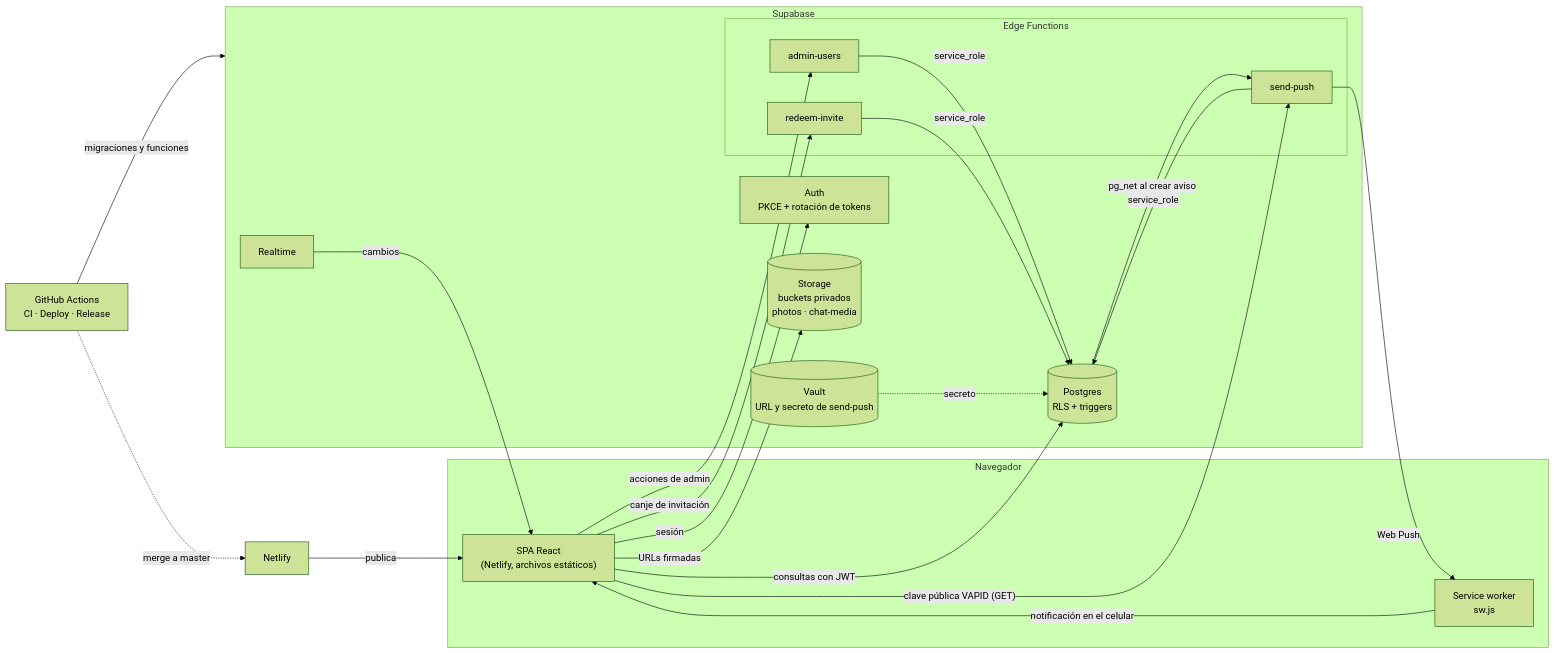
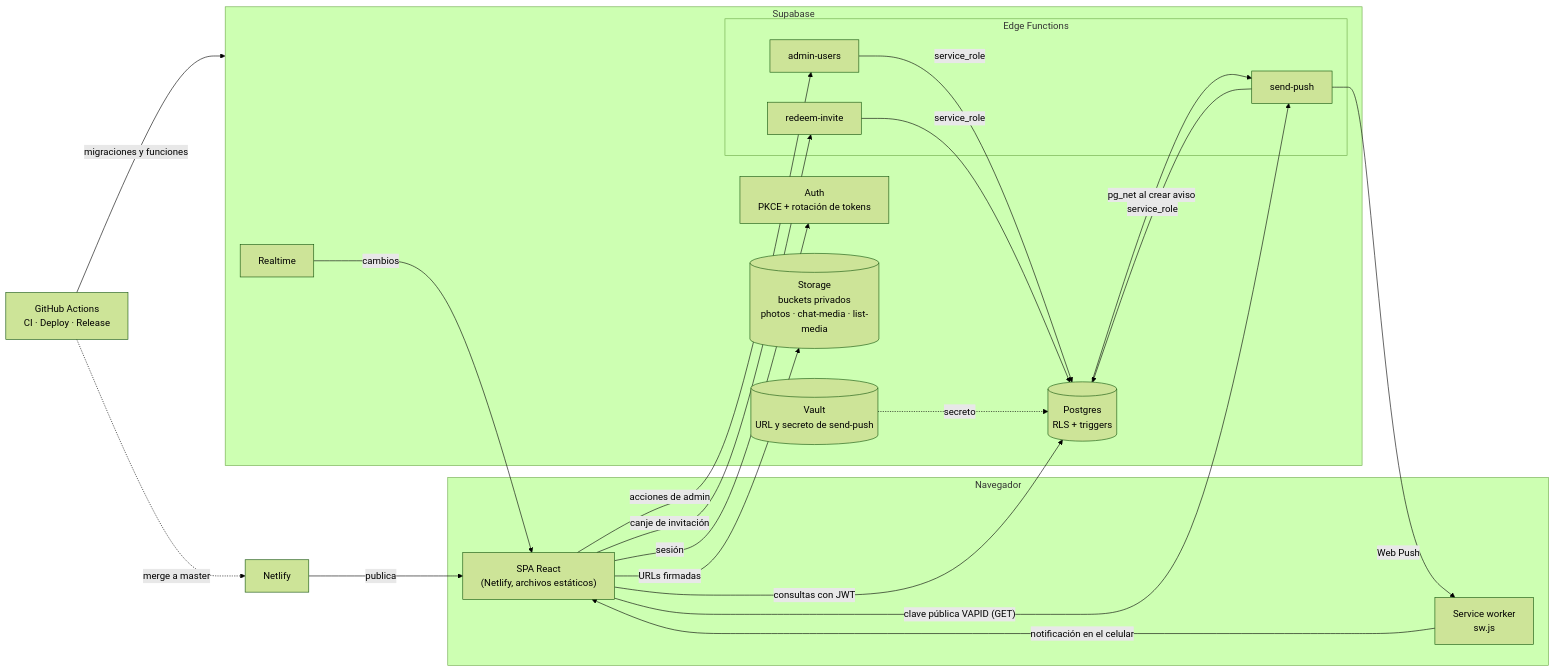
One commit to Juan-Carlos-Estevez-Vargas/Camila-Sanchez changed the first of 22 diagrams in docs/DIAGRAMAS.md. Above: the diagram before and after it, drawn with Mermaid (forest theme). The commit also changed other lines of this file and 3 other files, not shown here.

Commit message:
docs: listas compartidas en el manual, la arquitectura, los diagramas y el README

````diff
--- a/docs/DIAGRAMAS.md
+++ b/docs/DIAGRAMAS.md
@@ -26,37 +27,37 @@
 ```mermaid
 flowchart LR
   subgraph Navegador
     SPA["SPA React<br/>(Netlify, archivos estáticos)"]
     SW["Service worker<br/>sw.js"]
   end
   subgraph Supabase
     AUTH["Auth<br/>PKCE + rotación de tokens"]
     DB[("Postgres<br/>RLS + triggers")]
-    ST[("Storage<br/>buckets privados<br/>photos · chat-media")]
+    ST[("Storage<br/>buckets privados<br/>photos · chat-media · list-media")]
     RT["Realtime"]
     VA[("Vault<br/>URL y secreto de send-push")]
     subgraph Edge["Edge Functions"]
       AU["admin-users"]
       RI["redeem-invite"]
       SP["send-push"]
     end
   end
   GH["GitHub Actions<br/>CI · Deploy · Release"]
   NL["Netlify"]
 
   SPA -- "sesión" --> AUTH
   SPA -- "consultas con JWT" --> DB
   SPA -- "URLs firmadas" --> ST
   RT -- "cambios" --> SPA
   SPA -- "acciones de admin" --> AU
   SPA -- "canje de invitación" --> RI
   DB -- "pg_net al crear aviso" --> SP
   VA -. "secreto" .-> DB
   SPA -- "clave pública VAPID (GET)" --> SP
   SP -- "Web Push" --> SW
   SW -- "notificación en el celular" --> SPA
   AU & RI & SP -- "service_role" --> DB
   GH -- "migraciones y funciones" --> Supabase
   GH -. "merge a master" .-> NL
   NL -- "publica" --> SPA
 ```
````
